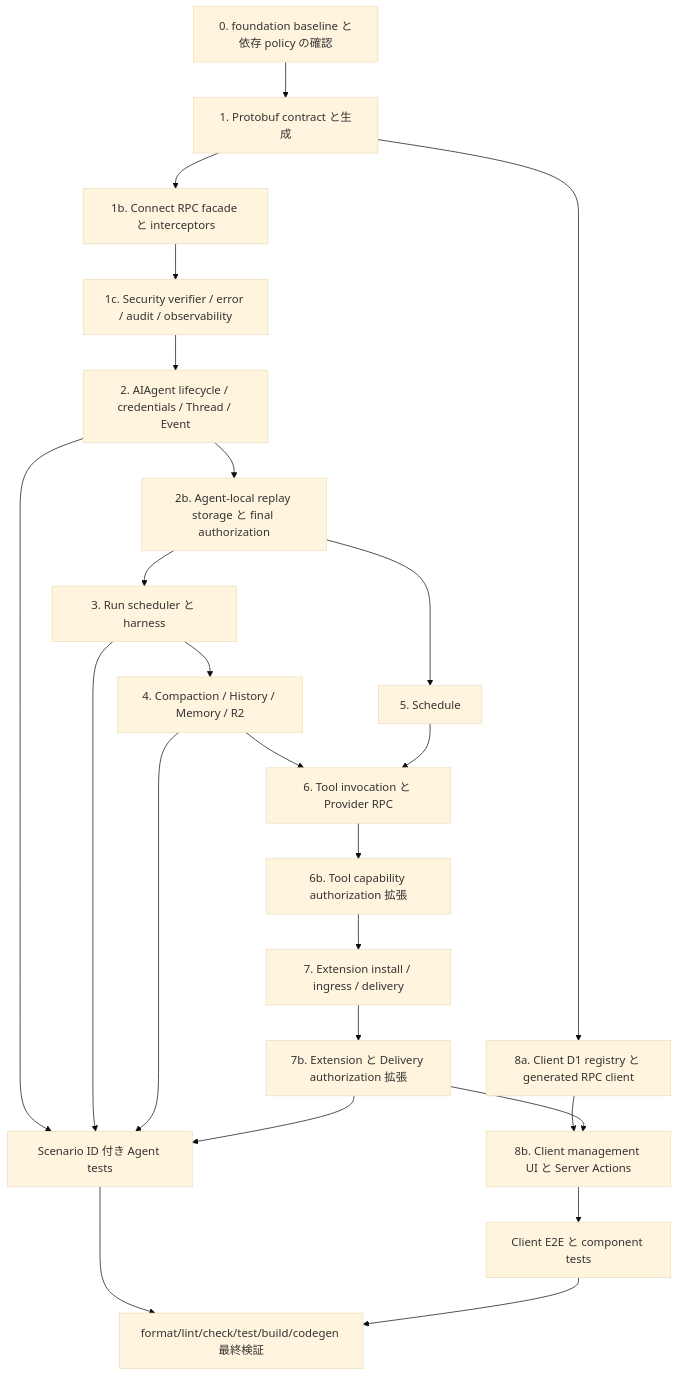
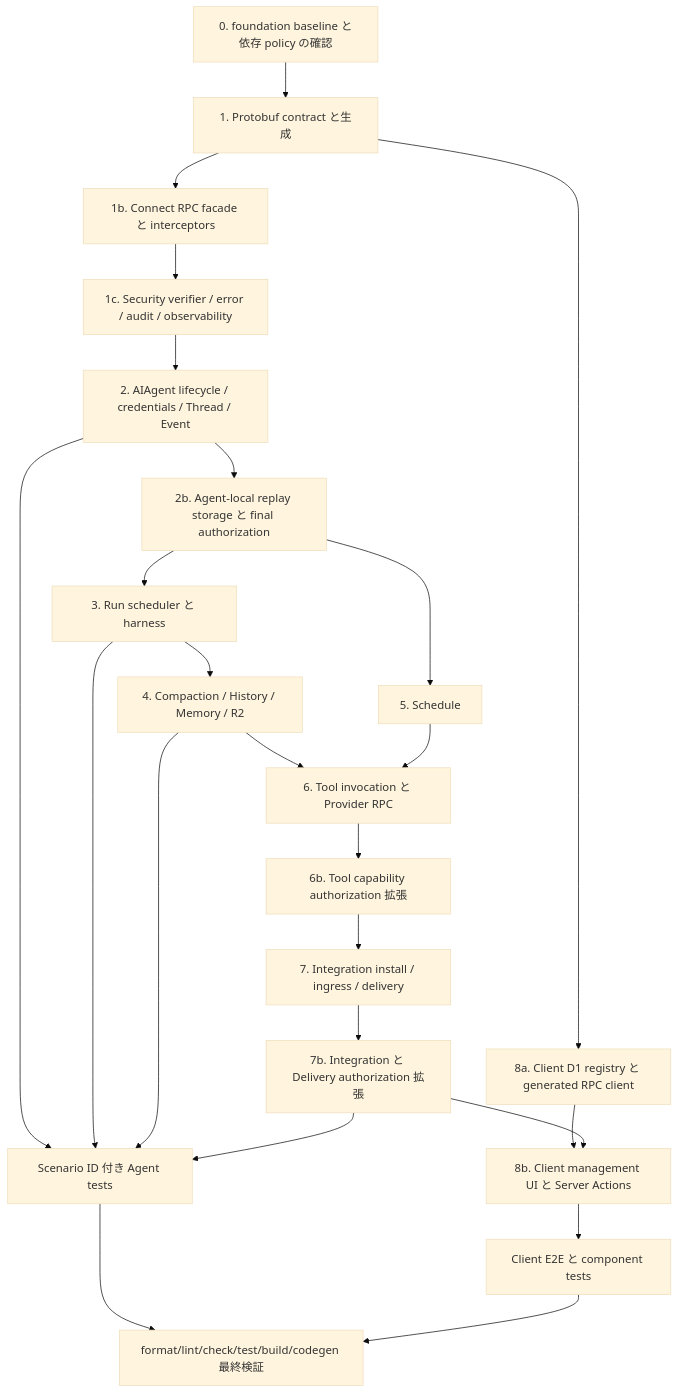
One commit to Suzlun/cf-tamac changed the sixth of 6 diagrams in openspec/changes/implement-agent-service-base/design.md. Above: the diagram before and after it, drawn with Mermaid (base theme). The commit also changed other lines of this file and 64 other files, not shown here.

Commit message:
refactor: rename extension terminology to integration

````diff
--- a/openspec/changes/implement-agent-service-base/design.md
+++ b/openspec/changes/implement-agent-service-base/design.md
@@ -524,26 +524,26 @@
 ```mermaid
 flowchart TD
   P0[0. foundation baseline と依存 policy の確認] --> S1[1. Protobuf contract と生成]
   S1 --> R1[1b. Connect RPC facade と interceptors]
   R1 --> SEC1[1c. Security verifier / error / audit / observability]
   SEC1 --> S2[2. AIAgent lifecycle / credentials / Thread / Event]
   S2 --> SEC2[2b. Agent-local replay storage と final authorization]
   SEC2 --> S3[3. Run scheduler と harness]
   S3 --> S4[4. Compaction / History / Memory / R2]
   SEC2 --> S5[5. Schedule]
   S4 --> S6[6. Tool invocation と Provider RPC]
   S5 --> S6
   S6 --> SEC3[6b. Tool capability authorization 拡張]
-  SEC3 --> S7[7. Extension install / ingress / delivery]
-  S7 --> SEC4[7b. Extension と Delivery authorization 拡張]
+  SEC3 --> S7[7. Integration install / ingress / delivery]
+  S7 --> SEC4[7b. Integration と Delivery authorization 拡張]
   S1 --> C1[8a. Client D1 registry と generated RPC client]
   C1 --> C2[8b. Client management UI と Server Actions]
   SEC4 --> C2
   S2 --> T1[Scenario ID 付き Agent tests]
   S3 --> T1
   S4 --> T1
   SEC4 --> T1
   C2 --> T2[Client E2E と component tests]
   T1 --> V[format/lint/check/test/build/codegen 最終検証]
   T2 --> V
 ```
````
